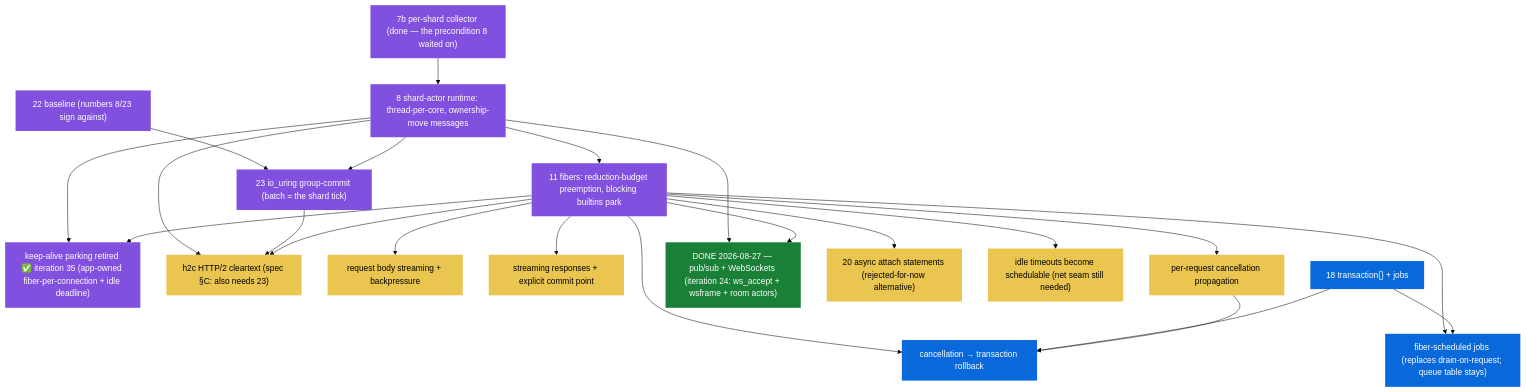
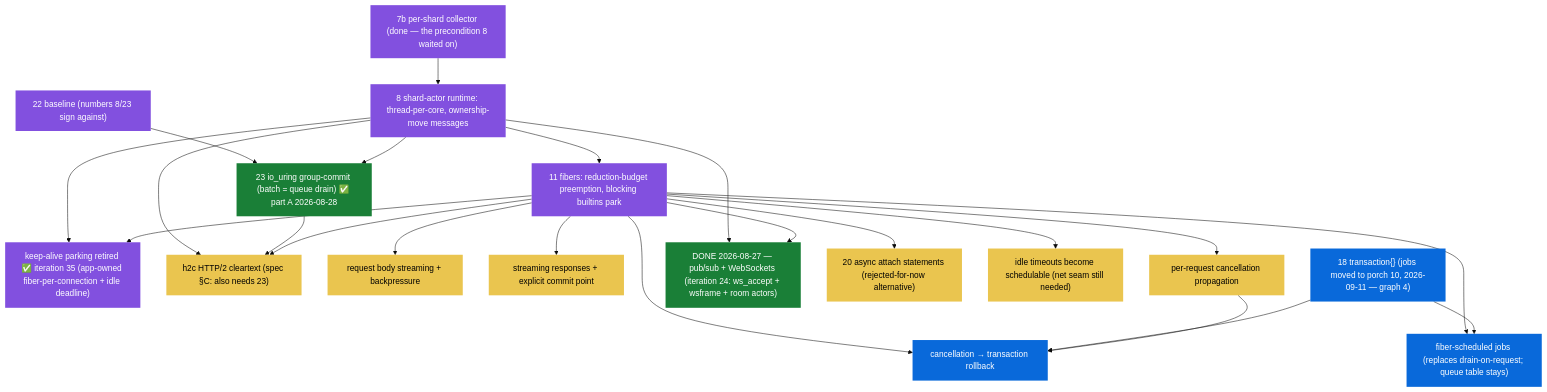
The second of 9 diagrams in docs/00-dependency-graph.md (shoneyJ/writeonce), drawn with Mermaid (base theme) before and after one commit. The commit also changed other lines of this file and 7 other files, not shown here.

````diff
--- a/docs/00-dependency-graph.md
+++ b/docs/00-dependency-graph.md
@@ -129,48 +133,48 @@
 ```mermaid
 flowchart TD
     classDef rt fill:#8250df,color:#fff,stroke:none
     classDef gated fill:#eac54f,color:#000,stroke:none
     classDef v2 fill:#0969da,color:#fff,stroke:none
     classDef done fill:#1a7f37,color:#fff,stroke:none
 
     I7b2["7b per-shard collector (done — the precondition 8 waited on)"]:::rt
     I8x["8 shard-actor runtime: thread-per-core, ownership-move messages"]:::rt
-    I9fx["23 io_uring group-commit (batch = the shard tick)"]:::rt
+    I9fx["23 io_uring group-commit (batch = queue drain) ✅ part A 2026-08-28"]:::done
     I11x["11 fibers: reduction-budget preemption, blocking builtins park"]:::rt
     I9ex["22 baseline (numbers 8/23 sign against)"]:::rt
 
     KEEPAL["keep-alive parking retired ✅ iteration 35 (app-owned fiber-per-connection + idle deadline)"]:::rt
     H2C2["h2c HTTP/2 cleartext (spec §C: also needs 23)"]:::gated
     STREAM2["request body streaming + backpressure"]:::gated
     SRESP2["streaming responses + explicit commit point"]:::gated
     CANCEL2["per-request cancellation propagation"]:::gated
     PUBSUB2["DONE 2026-08-27 — pub/sub + WebSockets (iteration 24: ws_accept + wsframe + room actors)"]:::done
     ASYNC9C["20 async attach statements (rejected-for-now alternative)"]:::gated
     TIMEOUTS2["idle timeouts become schedulable (net seam still needed)"]:::gated
 
     FIBJOBS2["fiber-scheduled jobs (replaces drain-on-request; queue table stays)"]:::v2
     CANCELRB["cancellation → transaction rollback"]:::v2
-    I18x["18 transaction{} + jobs"]:::v2
+    I18x["18 transaction{} (jobs moved to porch 10, 2026-09-11 — graph 4)"]:::v2
 
     I7b2 --> I8x
     I9ex --> I9fx
     I8x --> I9fx
     I8x --> I11x
     I8x --> KEEPAL
     I11x --> KEEPAL
     I8x --> H2C2
     I9fx --> H2C2
     I11x --> H2C2
     I11x --> STREAM2
     I11x --> SRESP2
     I11x --> CANCEL2
     I8x --> PUBSUB2
     I11x --> PUBSUB2
     I11x --> ASYNC9C
     I11x --> TIMEOUTS2
     I11x --> FIBJOBS2
     I18x --> FIBJOBS2
     I11x --> CANCELRB
     I18x --> CANCELRB
     CANCEL2 --> CANCELRB
 ```
````
